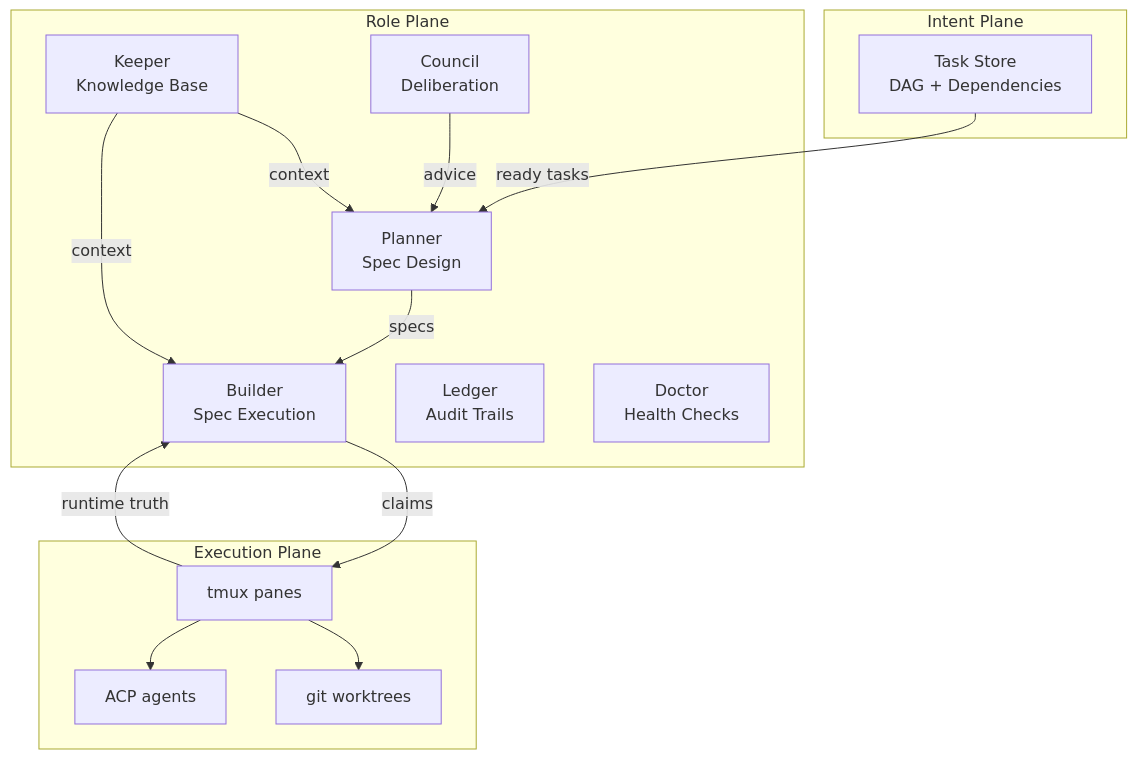
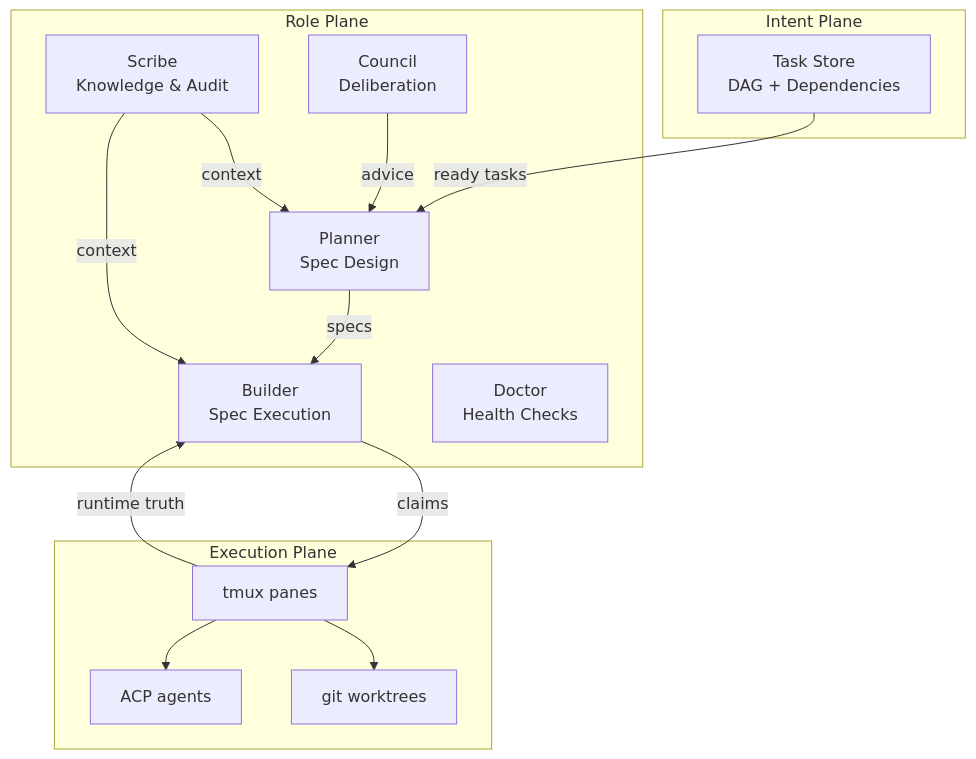
One commit to bkuri/village changed the diagram in README.md. Above: the diagram before and after it, drawn with Mermaid. The commit also changed other lines of this file and 23 other files, not shown here.

First line of the commit message:
refactor: merge ledger into keeper, rename to scribe

````diff
--- a/README.md
+++ b/README.md
@@ -145,31 +146,30 @@
 ```mermaid
 flowchart TB
     subgraph Intent["Intent Plane"]
         TS[Task Store<br/>DAG + Dependencies]
     end
 
     subgraph Roles["Role Plane"]
         P[Planner<br/>Spec Design]
         B[Builder<br/>Spec Execution]
-        E[Keeper<br/>Knowledge Base]
+        E[Scribe<br/>Knowledge & Audit]
         C[Council<br/>Deliberation]
-        L[Ledger<br/>Audit Trails]
         D[Doctor<br/>Health Checks]
     end
 
     subgraph Execution["Execution Plane"]
         TMUX[tmux panes]
         WT[git worktrees]
         ACP[ACP agents]
     end
 
     TS -->|ready tasks| P
     P -->|specs| B
     B -->|claims| TMUX
     TMUX --> WT
     TMUX --> ACP
     E -->|context| P
     E -->|context| B
     C -->|advice| P
     TMUX -->|runtime truth| B
 ```
````
